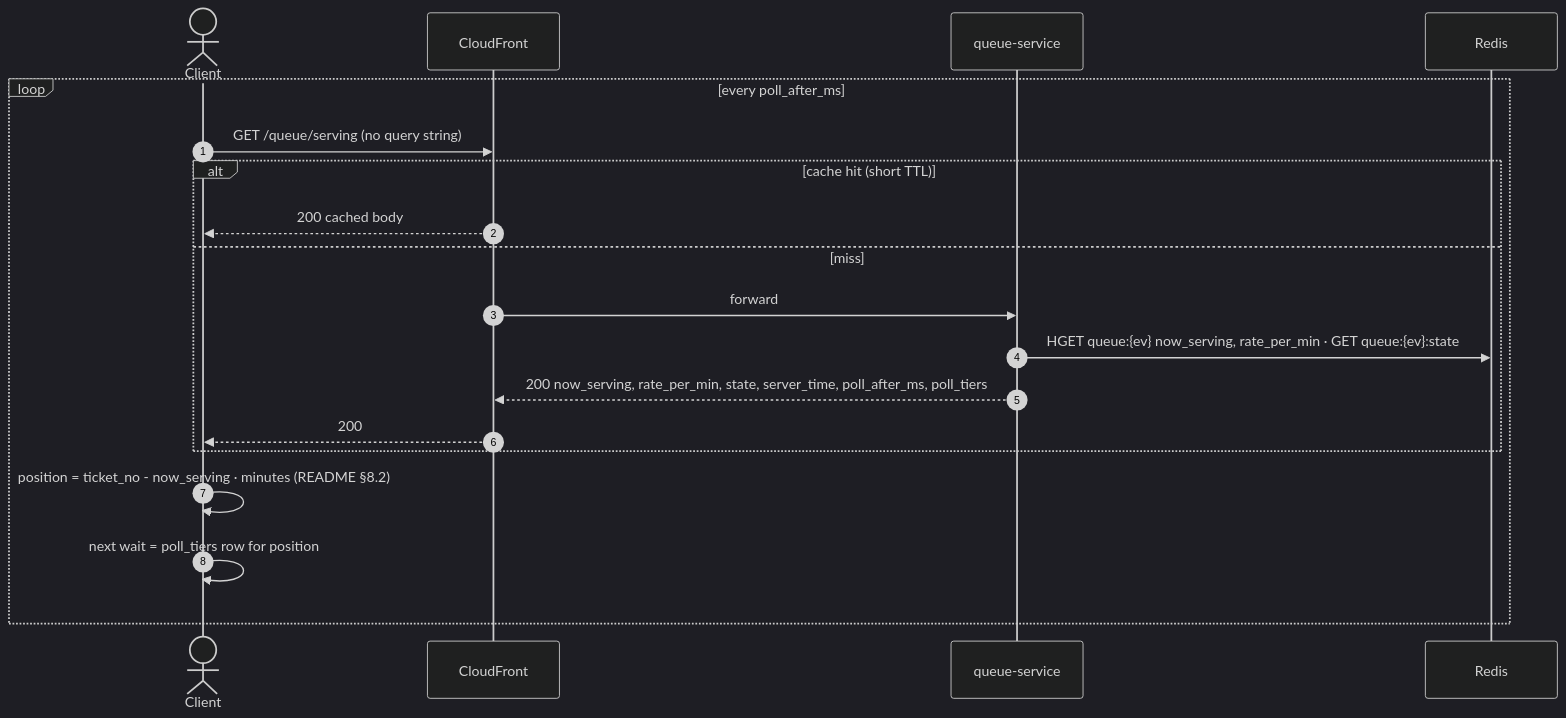
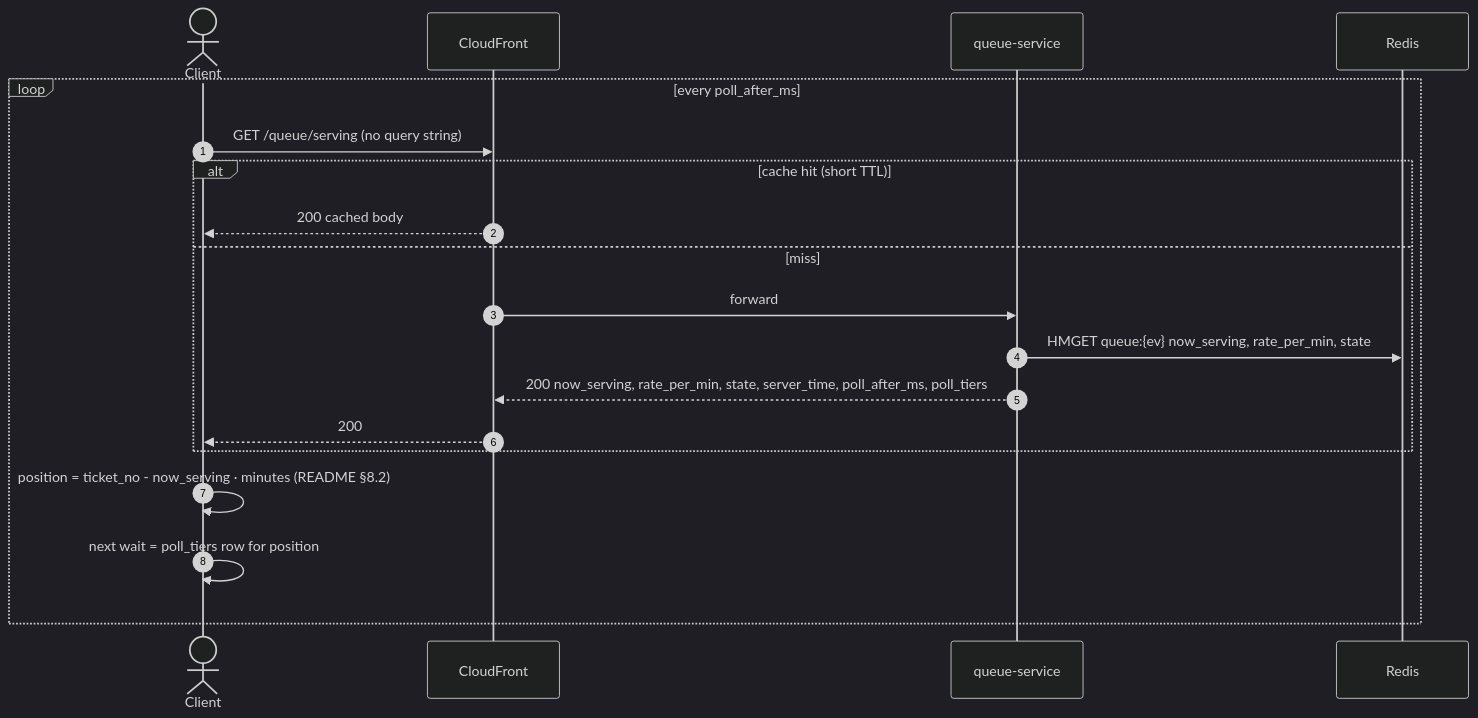
The first of 2 diagrams in docs/04-queue/04-get-now-serving.md (PTServerJanganTumbang-BookingTicket/be-rusuh-war-ticketing), drawn with Mermaid (dark theme) before and after one commit. The commit also changed other lines of this file and 35 other files, not shown here.

````diff
--- a/docs/04-queue/04-get-now-serving.md
+++ b/docs/04-queue/04-get-now-serving.md
@@ -19,22 +19,22 @@
 ```mermaid
 sequenceDiagram
     autonumber
     actor C as Client
     participant CF as CloudFront
     participant Q as queue-service
     participant R as Redis
 
     loop every poll_after_ms
         C->>CF: GET /queue/serving (no query string)
         alt cache hit (short TTL)
             CF-->>C: 200 cached body
         else miss
             CF->>Q: forward
-            Q->>R: HGET queue:{ev} now_serving, rate_per_min · GET queue:{ev}:state
+            Q->>R: HMGET queue:{ev} now_serving, rate_per_min, state
             Q-->>CF: 200 now_serving, rate_per_min, state, server_time, poll_after_ms, poll_tiers
             CF-->>C: 200
         end
         C->>C: position = ticket_no - now_serving · minutes (README §8.2)
         C->>C: next wait = poll_tiers row for position
     end
 ```
````
